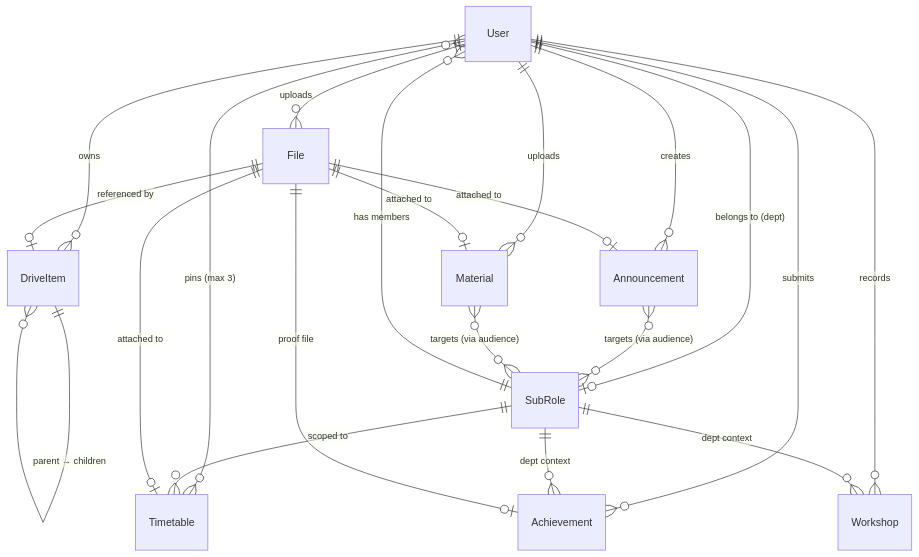
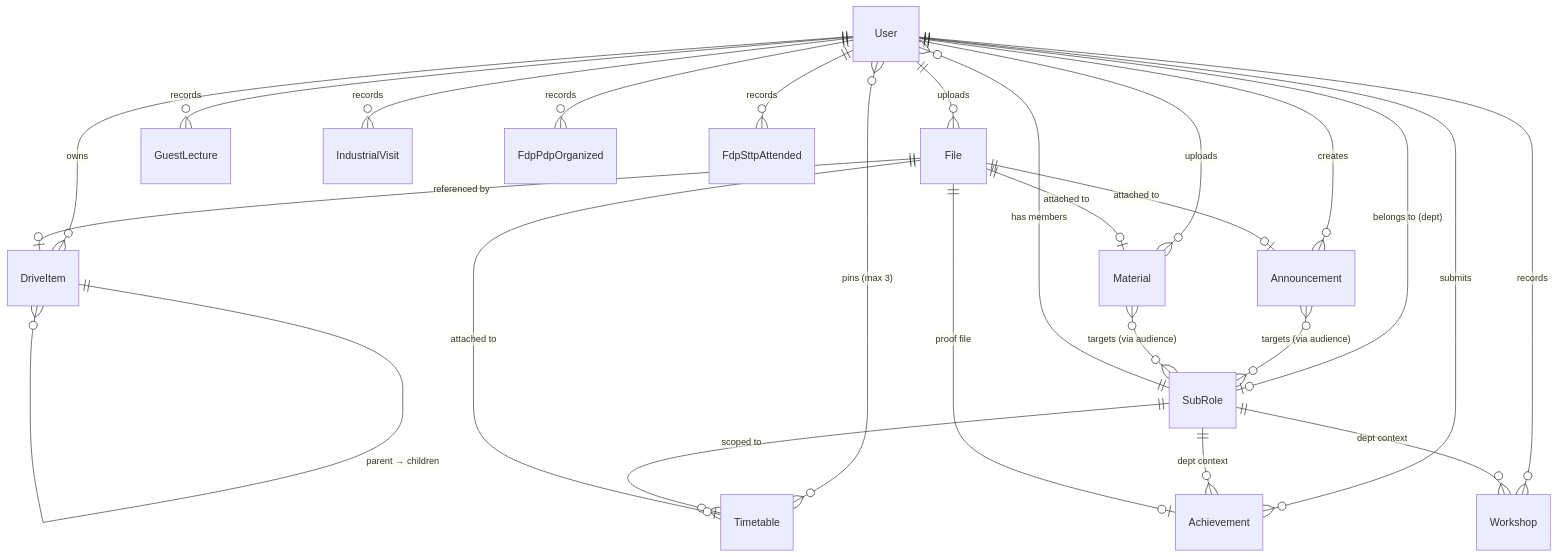
One commit to ganesh714/aus_intranet changed the second of 2 diagrams in docs/02-architecture-system-design/database-and-models.md. Above: the diagram before and after it, drawn with Mermaid. The commit also changed other lines of this file and 2 other files, not shown here.

````diff
--- a/docs/02-architecture-system-design/database-and-models.md
+++ b/docs/02-architecture-system-design/database-and-models.md
@@ -20,26 +20,30 @@
 ```mermaid
 erDiagram
     User ||--o| SubRole : "belongs to (dept)"
     User ||--o{ DriveItem : "owns"
     User ||--o{ File : "uploads"
     User ||--o{ Announcement : "creates"
     User ||--o{ Material : "uploads"
     User ||--o{ Achievement : "submits"
     User ||--o{ Workshop : "records"
+    User ||--o{ GuestLecture : "records"
+    User ||--o{ IndustrialVisit : "records"
+    User ||--o{ FdpPdpOrganized : "records"
+    User ||--o{ FdpSttpAttended : "records"
     User }o--o{ Timetable : "pins (max 3)"
 
     SubRole ||--o{ User : "has members"
     SubRole ||--o{ Timetable : "scoped to"
     SubRole ||--o{ Achievement : "dept context"
     SubRole ||--o{ Workshop : "dept context"
 
     File ||--o| DriveItem : "referenced by"
     File ||--o| Timetable : "attached to"
     File ||--o| Material : "attached to"
     File ||--o| Announcement : "attached to"
     File ||--o| Achievement : "proof file"
 
     DriveItem ||--o{ DriveItem : "parent → children"
     Announcement }o--o{ SubRole : "targets (via audience)"
     Material }o--o{ SubRole : "targets (via audience)"
 ```
````
